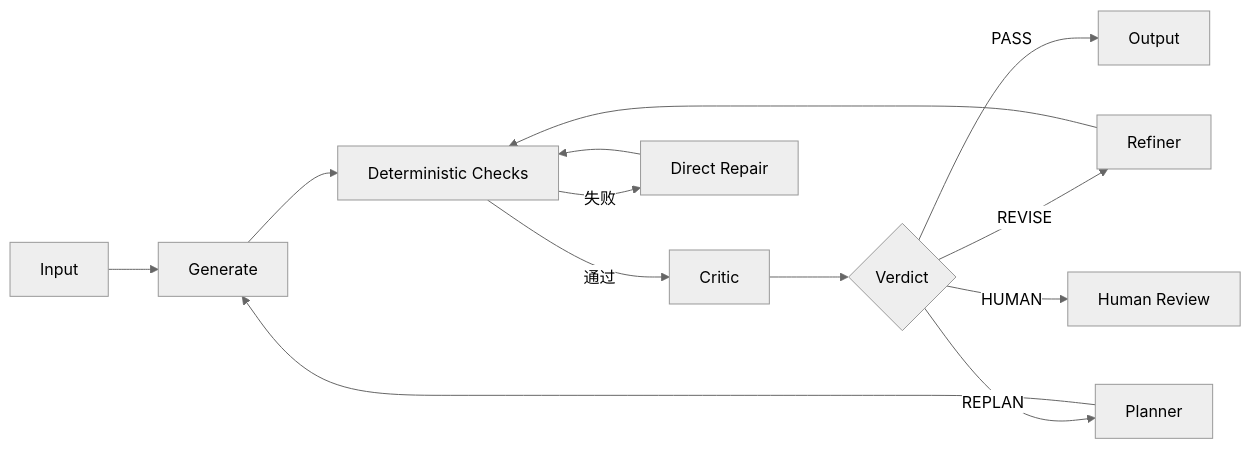
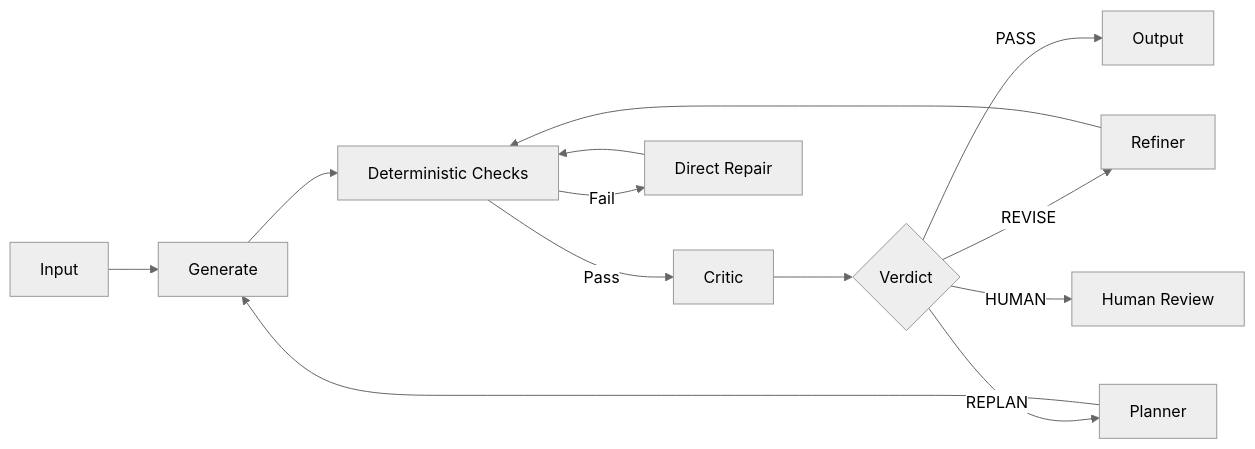
Diagram 20 of 23 in docs/agent/02-reasoning-planning/12-agent-reflection.md (oneleaveknowsthefall/awesome-ai-roadmap), drawn with Mermaid (neutral theme) before and after one commit. The commit also changed other lines of this file and 68 other files, not shown here.

````diff
--- a/docs/agent/02-reasoning-planning/12-agent-reflection.md
+++ b/docs/agent/02-reasoning-planning/12-agent-reflection.md
@@ -900,15 +898,15 @@
 ```mermaid
 flowchart LR
     IN[Input] --> G[Generate]
     G --> DET[Deterministic Checks]
-    DET -->|通过| C[Critic]
-    DET -->|失败| FIX[Direct Repair]
+    DET -->|Pass| C[Critic]
+    DET -->|Fail| FIX[Direct Repair]
     FIX --> DET
     C --> D{Verdict}
     D -->|PASS| OUT[Output]
     D -->|REVISE| R[Refiner]
     D -->|REPLAN| P[Planner]
     D -->|HUMAN| H[Human Review]
     R --> DET
     P --> G
 ```
````
